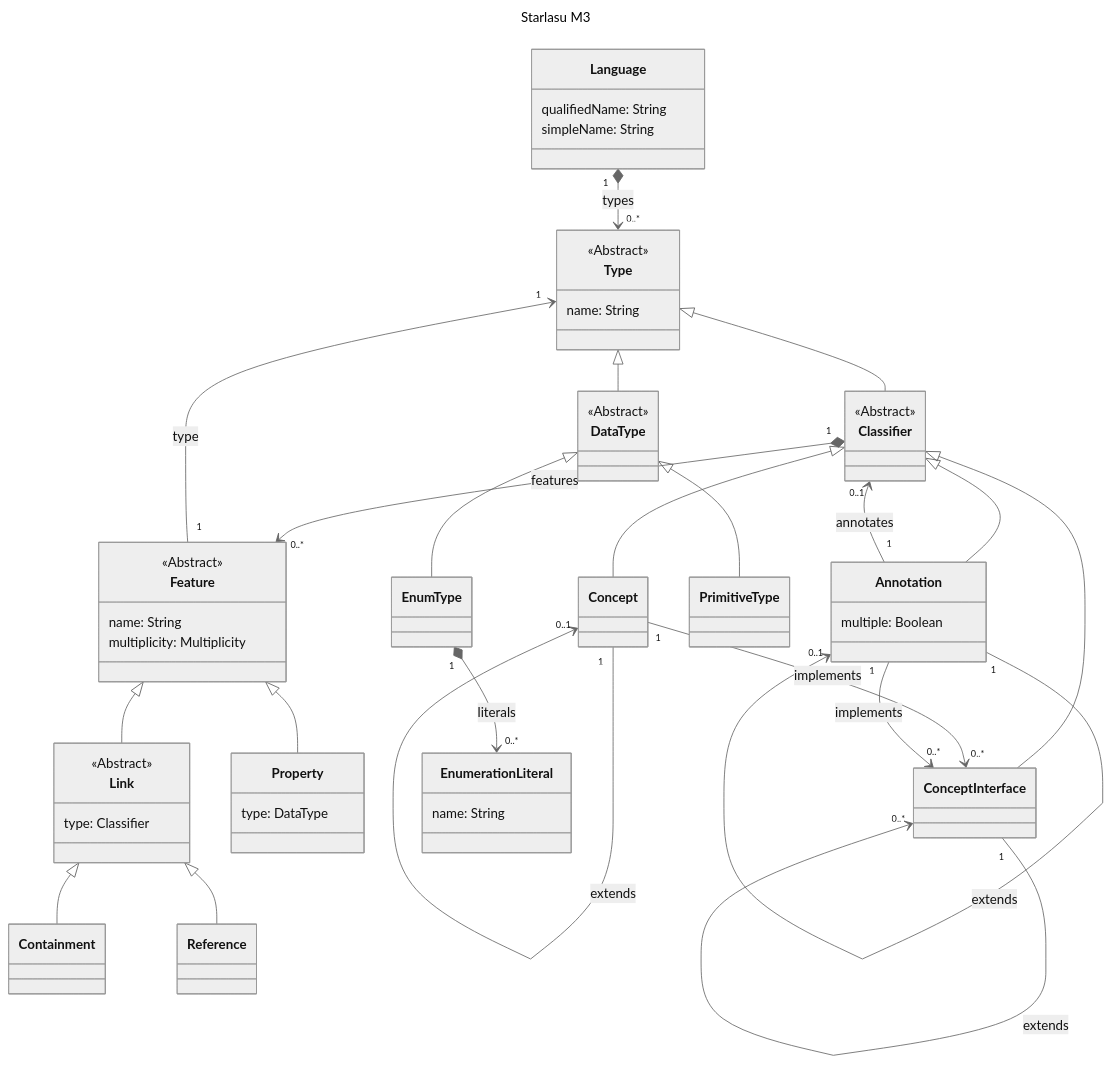
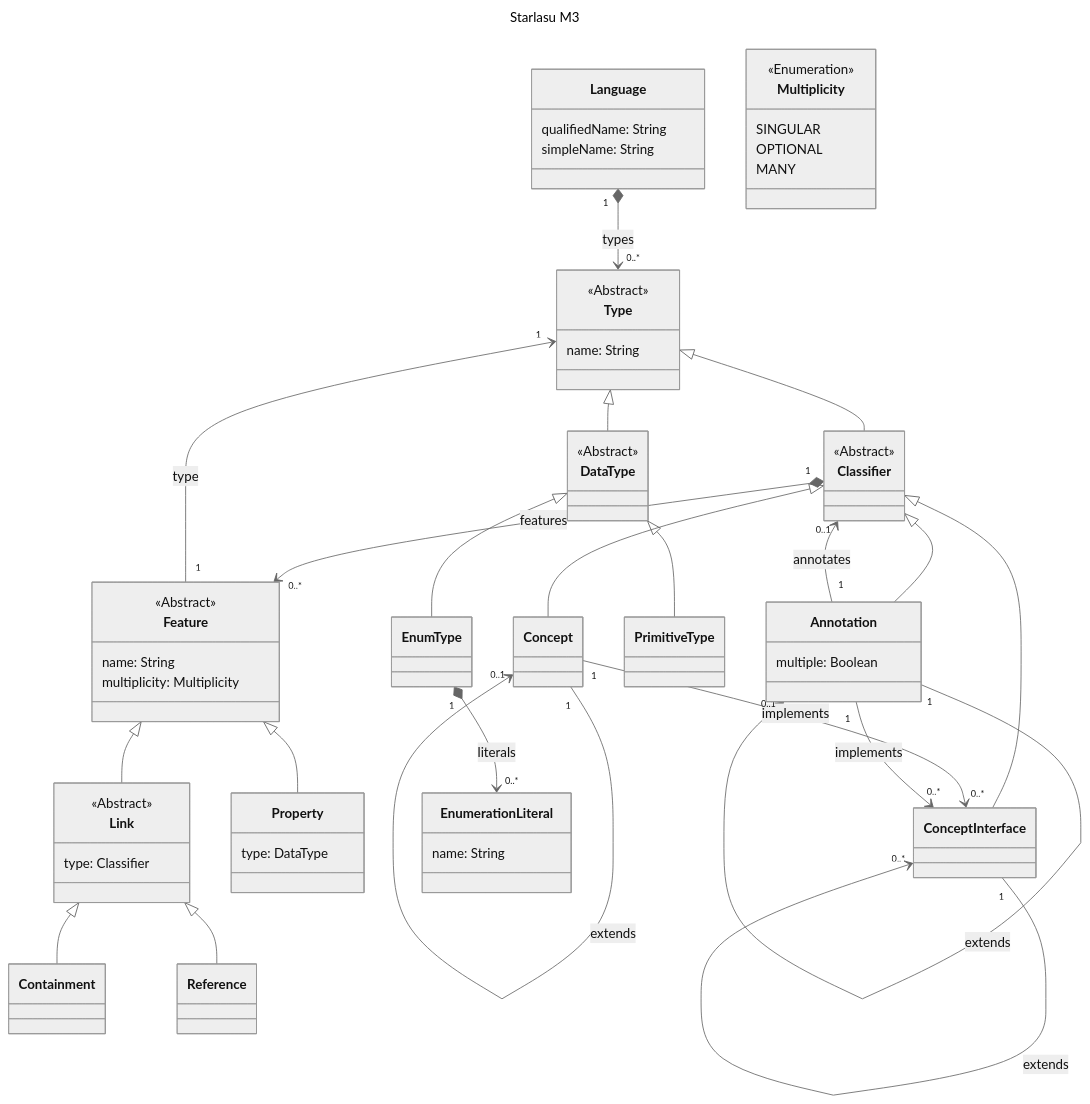
One commit to Strumenta/Starlasu changed the diagram in docs/docs/ast-representation.md. Above: the diagram before and after it, drawn with Mermaid (neutral theme). The commit also changed other lines of this file and 19 other files, not shown here.

````diff
--- a/docs/docs/ast-representation.md
+++ b/docs/docs/ast-representation.md
@@ -104,4 +104,12 @@
 }
 
 %% Supporting enumerations
+
+class Multiplicity {
+  <<Enumeration>> 
+  SINGULAR
+  OPTIONAL
+  MANY
+}
+
 ```
````
